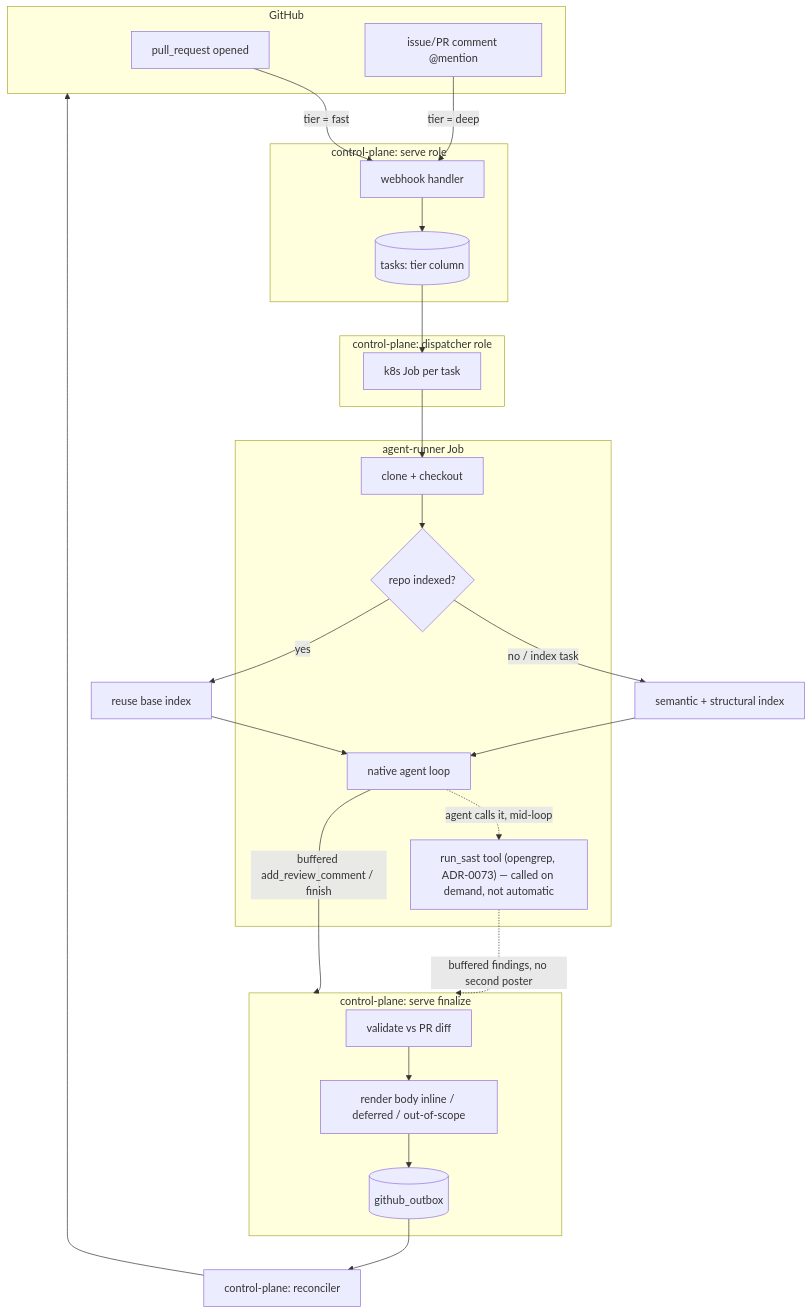
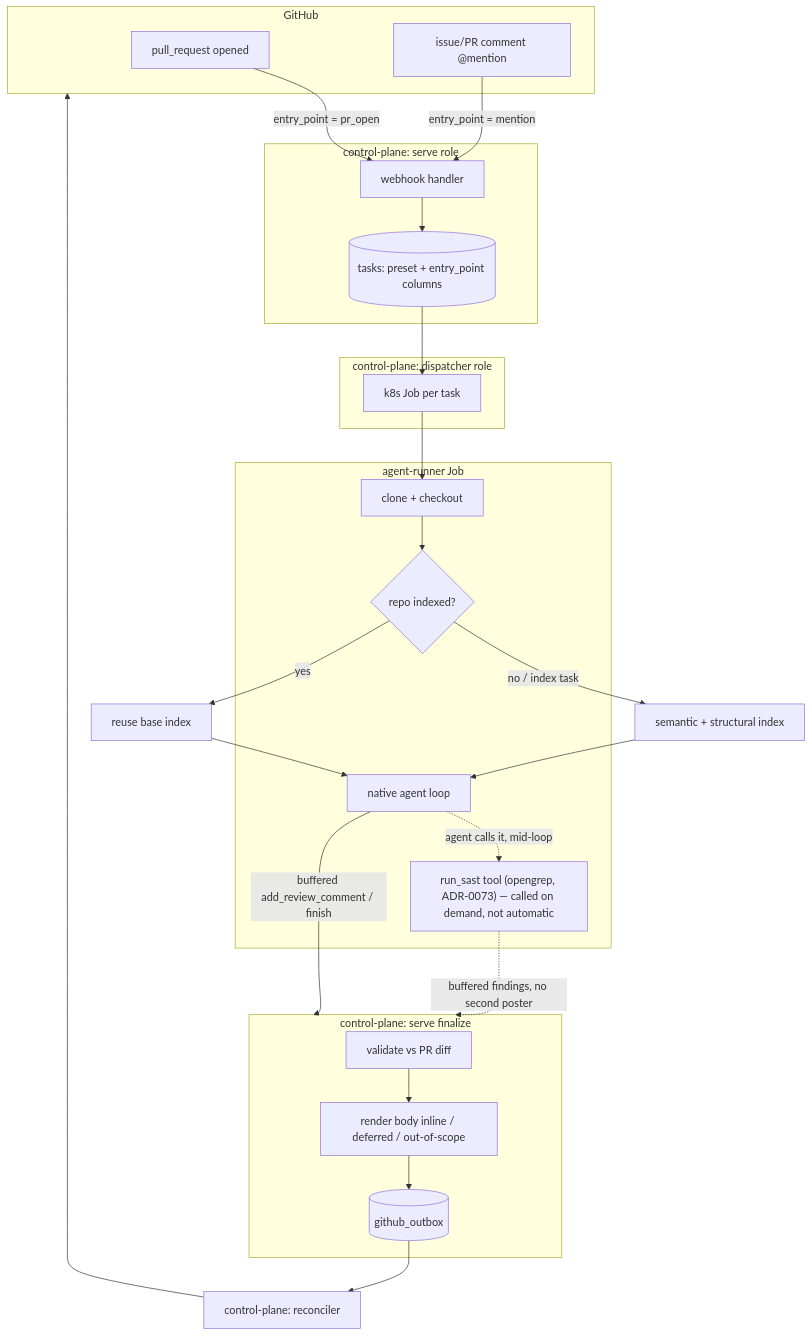
The diagram in docs/review-pipeline.md (ADORSYS-GIS/lightbridge-code-intelligence), drawn with Mermaid before and after one commit. The commit also changed other lines of this file and 1 other file, not shown here.

First line of the commit message:
feat(review): add ultra as a third platform-default preset (ADR-0103)

````diff
--- a/docs/review-pipeline.md
+++ b/docs/review-pipeline.md
@@ -25,38 +35,38 @@
 ```mermaid
 flowchart TD
     subgraph GH[GitHub]
         E1[pull_request opened]
         E2[issue/PR comment @mention]
     end
     subgraph CP[control-plane: serve role]
         W[webhook handler]
-        T[(tasks: tier column)]
+        T[(tasks: preset + entry_point columns)]
     end
     subgraph DISP[control-plane: dispatcher role]
         J[k8s Job per task]
     end
     subgraph RUN[agent-runner Job]
         CLONE[clone + checkout]
         IDX{repo indexed?}
         AGENT[native agent loop]
         SAST["run_sast tool (opengrep, ADR-0073) — called on demand, not automatic"]
     end
     subgraph FIN[control-plane: serve finalize]
         VAL[validate vs PR diff]
         SHAPE[render body inline / deferred / out-of-scope]
         OUT[(github_outbox)]
     end
     REC[control-plane: reconciler] --> GH
 
-    E1 -->|tier = fast| W
-    E2 -->|tier = deep| W
+    E1 -->|entry_point = pr_open| W
+    E2 -->|entry_point = mention| W
     W --> T --> J --> CLONE --> IDX
     IDX -->|no / index task| FULLIDX[semantic + structural index]
     IDX -->|yes| REUSE[reuse base index]
     FULLIDX --> AGENT
     REUSE --> AGENT
     AGENT -.->|agent calls it, mid-loop| SAST
     SAST -.->|buffered findings, no second poster| FIN
     AGENT -->|buffered add_review_comment / finish| FIN
     VAL --> SHAPE --> OUT --> REC
 ```
````
